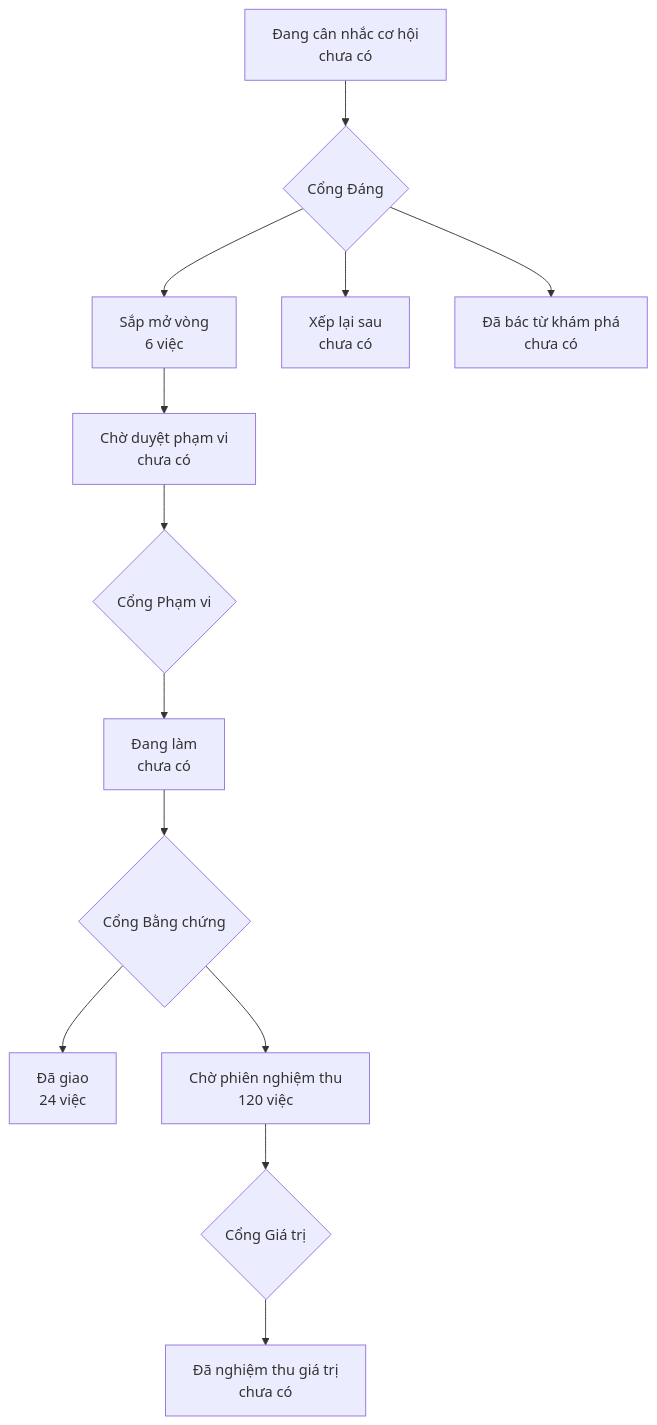
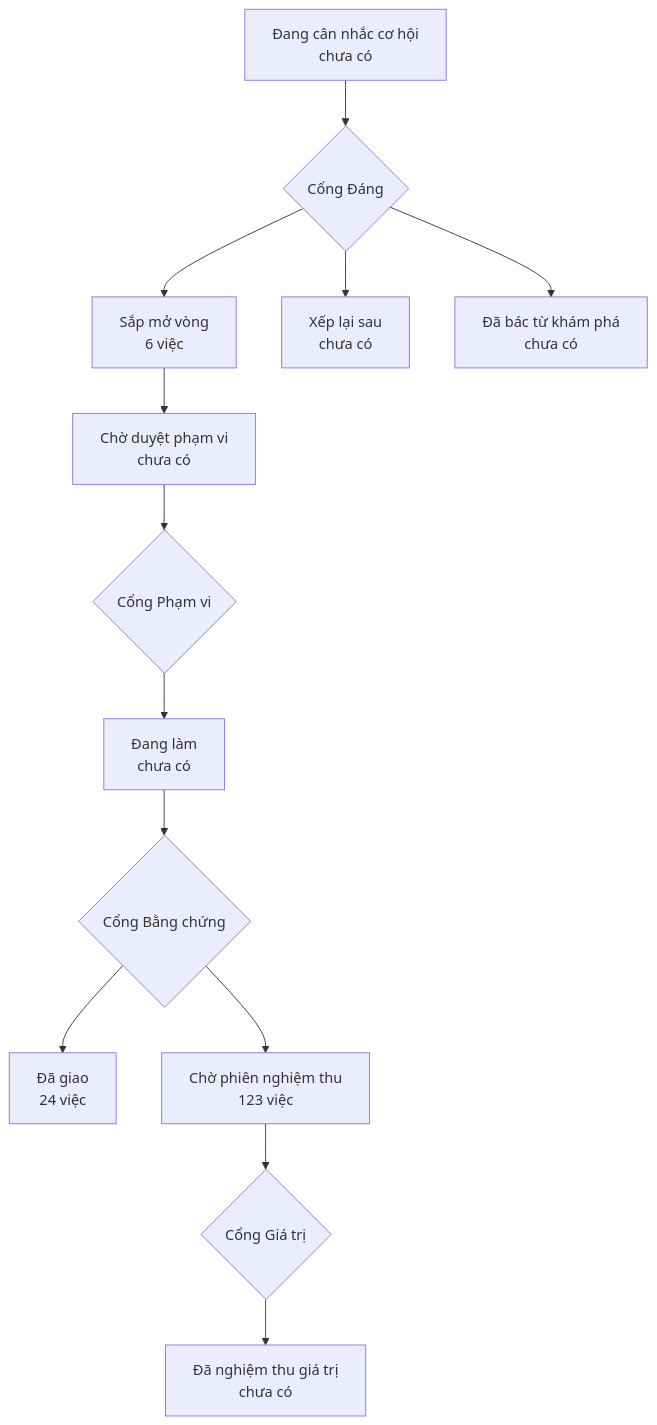
Before and after one commit to phanlemanh/onehub-quy-hang: the diagram in PRODUCT-MAP.md, drawn with Mermaid. The commit also changed other lines of this file and 2 other files, not shown here.

````diff
--- a/PRODUCT-MAP.md
+++ b/PRODUCT-MAP.md
@@ -7,12 +7,12 @@
 ```mermaid
 flowchart TD
   A["Đang cân nhắc cơ hội<br/>chưa có"] --> GD{"Cổng Đáng"}
   GD --> B["Sắp mở vòng<br/>6 việc"]
   GD --> XL["Xếp lại sau<br/>chưa có"]
   GD --> DB["Đã bác từ khám phá<br/>chưa có"]
   B --> CD["Chờ duyệt phạm vi<br/>chưa có"] --> GP{"Cổng Phạm vi"}
   GP --> DL["Đang làm<br/>chưa có"] --> GB{"Cổng Bằng chứng"}
   GB --> DG["Đã giao<br/>24 việc"]
-  GB --> CN["Chờ phiên nghiệm thu<br/>120 việc"] --> GG{"Cổng Giá trị"}
+  GB --> CN["Chờ phiên nghiệm thu<br/>123 việc"] --> GG{"Cổng Giá trị"}
   GG --> NT["Đã nghiệm thu giá trị<br/>chưa có"]
 ```
````
